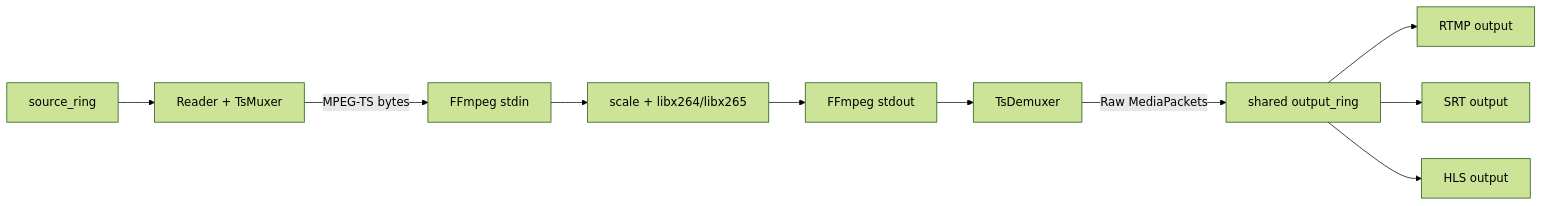
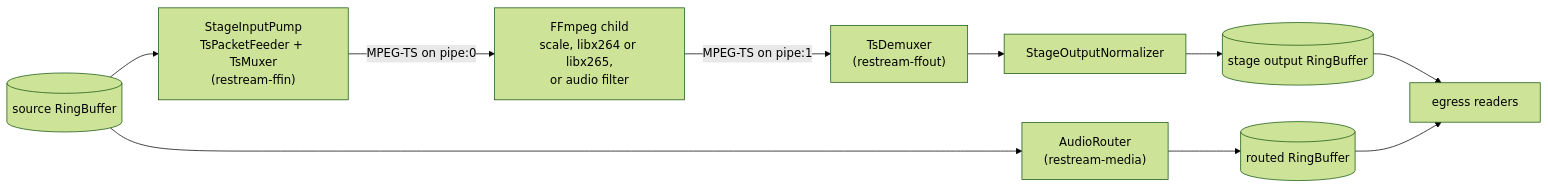
The third of 15 diagrams in docs/media-pipeline.md (krsna1729/restream), drawn with Mermaid (forest theme) before and after one commit. The commit also changed other lines of this file and 26 other files, not shown here.

First line of the commit message:
docs: rewrite every page against current source, with diagrams (#372)

````diff
--- a/docs/media-pipeline.md
+++ b/docs/media-pipeline.md
@@ -233,12 +164,12 @@
 ```mermaid
 flowchart LR
-    Source["source_ring"] --> Reader["Reader + TsMuxer"]
-    Reader -->|MPEG-TS bytes| Stdin["FFmpeg stdin"]
-    Stdin --> Encode["scale + libx264/libx265"]
-    Encode --> Stdout["FFmpeg stdout"]
-    Stdout --> Demux["TsDemuxer"]
-    Demux -->|Raw MediaPackets| Ring["shared output_ring"]
-    Ring --> Rtmp["RTMP output"]
-    Ring --> Srt["SRT output"]
-    Ring --> Hls["HLS output"]
+    Source[("source RingBuffer")] --> Pump["StageInputPump<br/>TsPacketFeeder + TsMuxer<br/>(restream-ffin)"]
+    Pump -->|"MPEG-TS on pipe:0"| Ffmpeg["FFmpeg child<br/>scale, libx264 or libx265,<br/>or audio filter"]
+    Ffmpeg -->|"MPEG-TS on pipe:1"| Demux["TsDemuxer<br/>(restream-ffout)"]
+    Demux --> Normalize["StageOutputNormalizer"]
+    Normalize --> Out[("stage output RingBuffer")]
+    Source --> Router["AudioRouter<br/>(restream-media)"]
+    Router --> RouterOut[("routed RingBuffer")]
+    Out --> Readers["egress readers"]
+    RouterOut --> Readers
 ```
````
